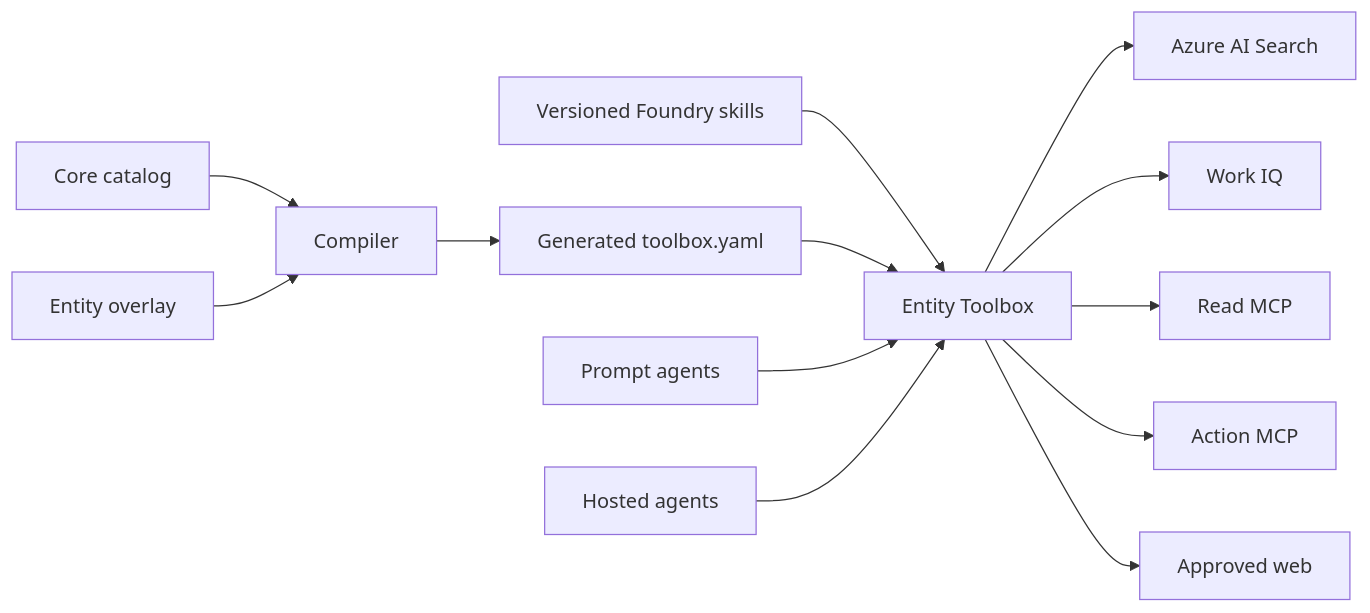
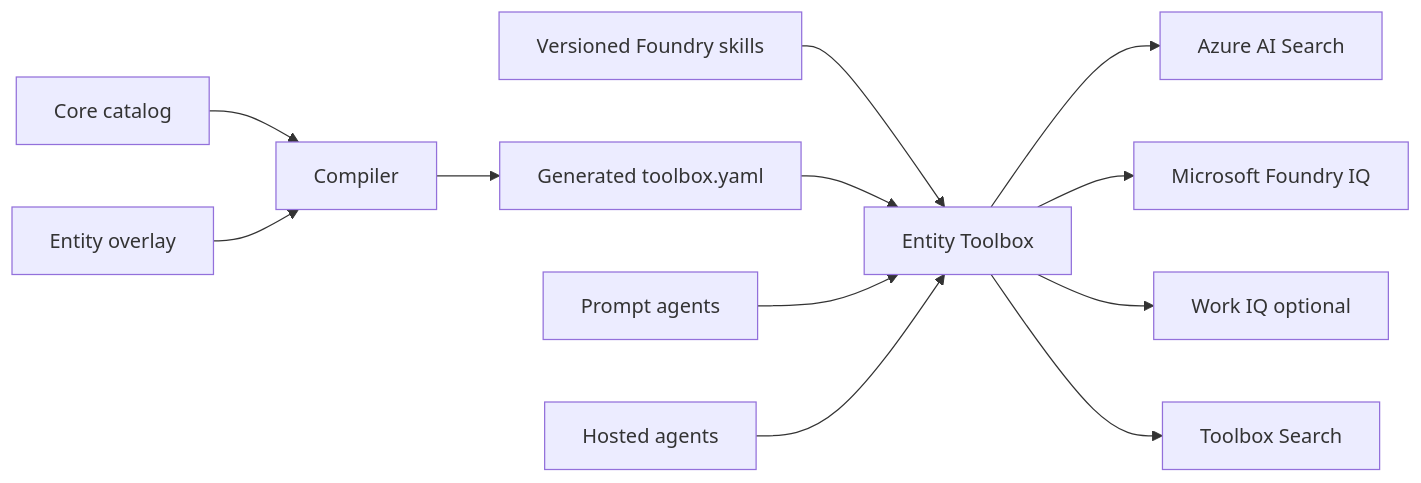
One commit to sibamoussa/citadel-toolbox-addon changed the diagram in docs/architecture.md. Above: the diagram before and after it, drawn with Mermaid. The commit also changed other lines of this file and 27 other files, not shown here.

````diff
--- a/docs/architecture.md
+++ b/docs/architecture.md
@@ -5,15 +5,14 @@
 ```mermaid
 flowchart LR
     C[Core catalog] --> B[Compiler]
     E[Entity overlay] --> B
     S[Versioned Foundry skills] --> T[Entity Toolbox]
     B --> Y[Generated toolbox.yaml]
     Y --> T
     PA[Prompt agents] --> T
     HA[Hosted agents] --> T
     T --> K[Azure AI Search]
-    T --> W[Work IQ]
-    T --> R[Read MCP]
-    T --> A[Action MCP]
-    T --> X[Approved web]
+    T --> IQ[Microsoft Foundry IQ]
+    T --> W[Work IQ optional]
+    T --> D[Toolbox Search]
 ```
````
